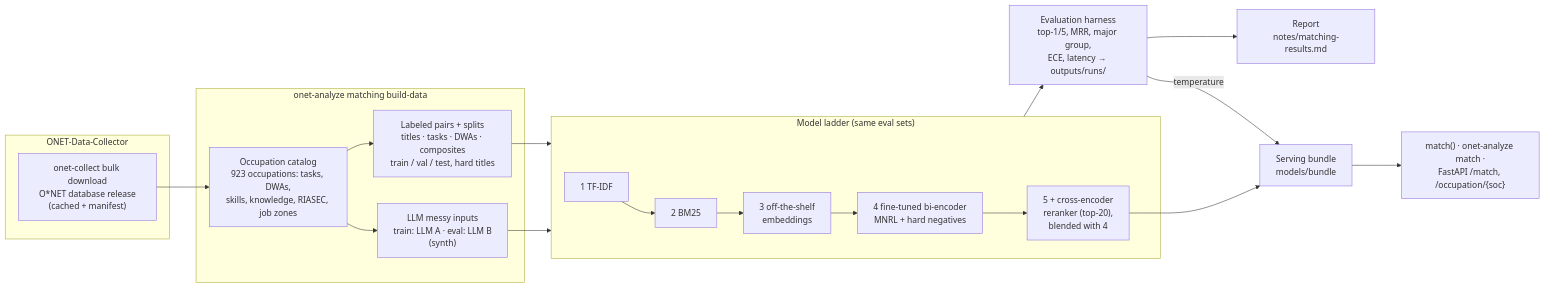
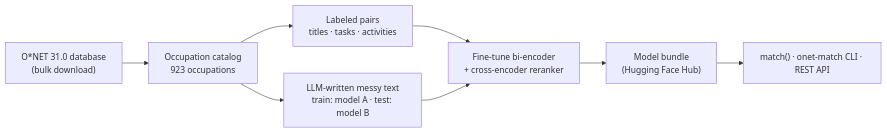
The diagram in README.md (Benjamin-V-Chan/onet-match), drawn with Mermaid before and after one commit. The commit also changed other lines of this file and 19 other files, not shown here.

Commit message:
Package as onet-match: Hub model download, onet_match import, README and agent docs

````diff
--- a/README.md
+++ b/README.md
@@ -202,26 +102,10 @@
 ```mermaid
 flowchart LR
-    subgraph collector["ONET-Data-Collector"]
-        B["onet-collect bulk download<br/>O*NET database release<br/>(cached + manifest)"]
-    end
-    subgraph data["onet-analyze matching build-data"]
-        C["Occupation catalog<br/>923 occupations: tasks, DWAs,<br/>skills, knowledge, RIASEC, job zones"]
-        P["Labeled pairs + splits<br/>titles · tasks · DWAs · composites<br/>train / val / test, hard titles"]
-        S["LLM messy inputs<br/>train: LLM A · eval: LLM B<br/>(synth)"]
-    end
-    subgraph ladder["Model ladder (same eval sets)"]
-        L1["1 TF-IDF"] --> L2["2 BM25"] --> L3["3 off-the-shelf<br/>embeddings"] --> L4["4 fine-tuned bi-encoder<br/>MNRL + hard negatives"] --> L5["5 + cross-encoder<br/>reranker (top-20),<br/>blended with 4"]
-    end
-    E["Evaluation harness<br/>top-1/5, MRR, major group,<br/>ECE, latency → outputs/runs/"]
-    R["Report<br/>notes/matching-results.md"]
-    BU["Serving bundle<br/>models/bundle"]
-    API["match() · onet-analyze match ·<br/>FastAPI /match, /occupation/{soc}"]
-    B --> C --> P
-    C --> S
-    P --> ladder
-    S --> ladder
-    ladder --> E
-    E --> R
-    E -- temperature --> BU
-    L5 --> BU --> API
+    B["O*NET 31.0 database<br/>(bulk download)"] --> C["Occupation catalog<br/>923 occupations"]
+    C --> P["Labeled pairs<br/>titles · tasks · activities"]
+    C --> S["LLM-written messy text<br/>train: model A · test: model B"]
+    P --> T["Fine-tune bi-encoder<br/>+ cross-encoder reranker"]
+    S --> T
+    T --> BU["Model bundle<br/>(Hugging Face Hub)"]
+    BU --> API["match() · onet-match CLI · REST API"]
 ```
````
